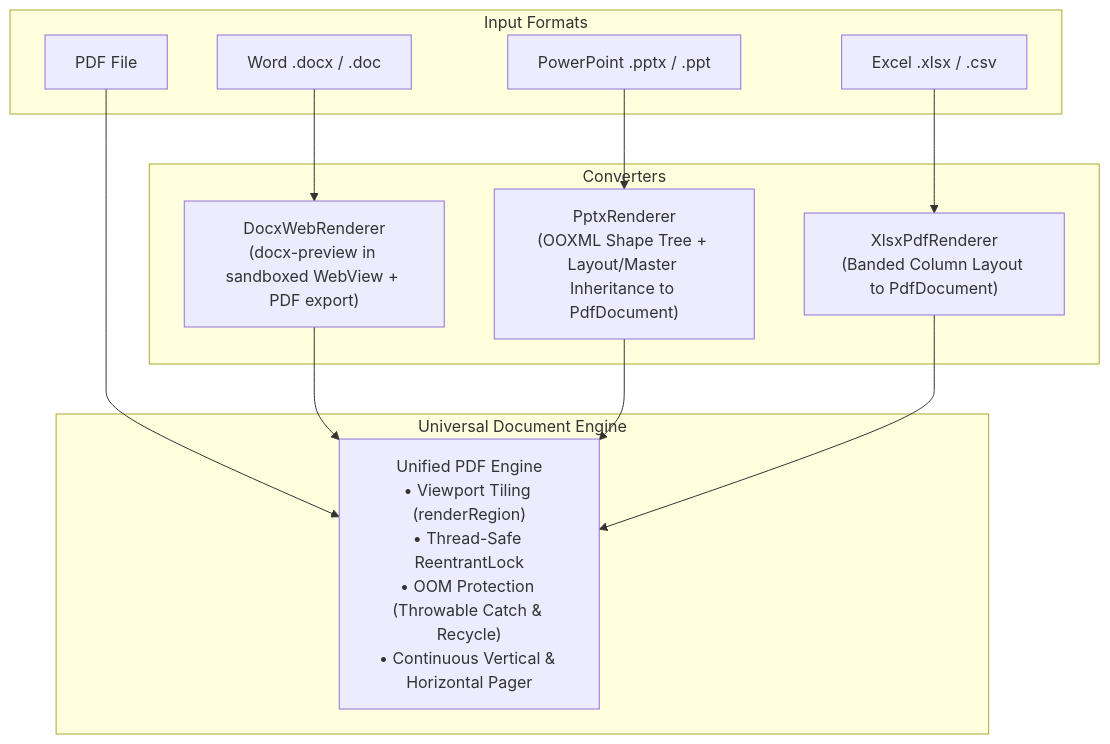
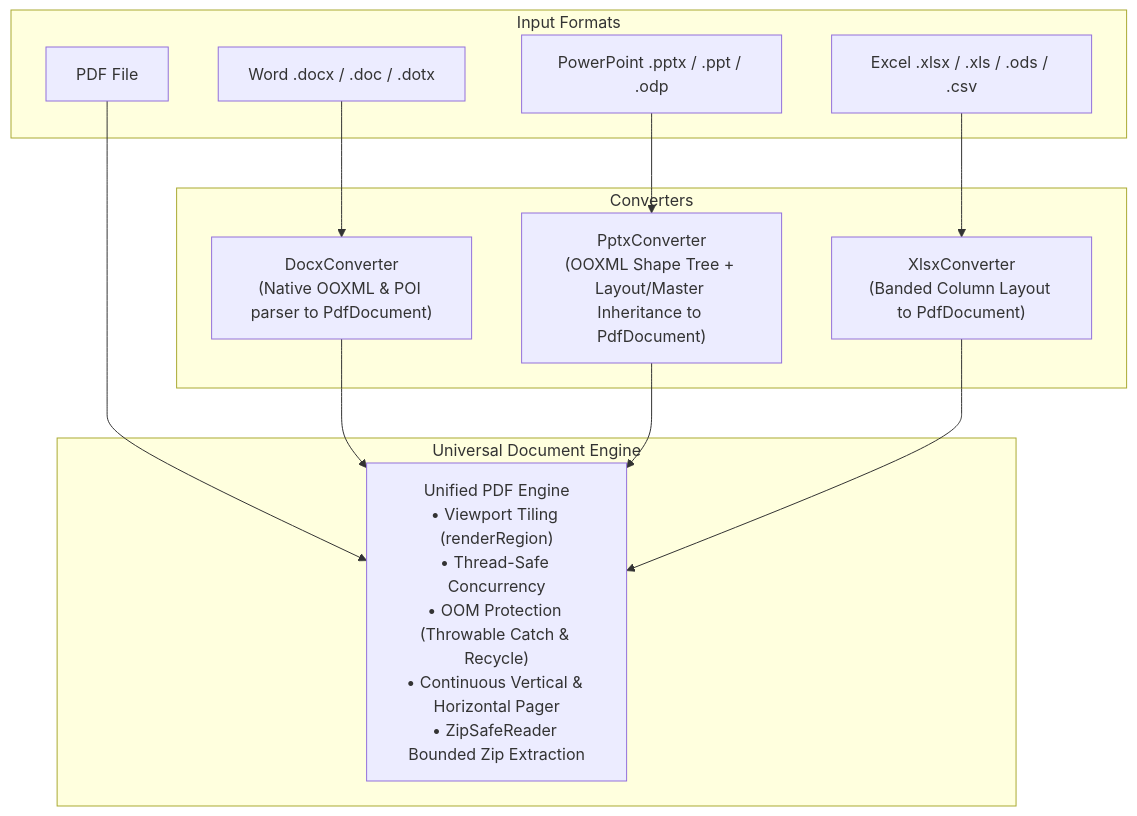
One commit to abhisheksati132/mydoc changed the diagram in improvement.md. Above: the diagram before and after it, drawn with Mermaid. The commit also changed other lines of this file and 1 other file, not shown here.

````diff
--- a/improvement.md
+++ b/improvement.md
@@ -20,24 +21,24 @@
 ```mermaid
 graph TD
     subgraph Input Formats
         PDF[PDF File]
-        DOCX[Word .docx / .doc]
-        PPTX[PowerPoint .pptx / .ppt]
-        XLSX[Excel .xlsx / .csv]
+        DOCX[Word .docx / .doc / .dotx]
+        PPTX[PowerPoint .pptx / .ppt / .odp]
+        XLSX[Excel .xlsx / .xls / .ods / .csv]
     end
 
     subgraph Converters
-        DOCX_CONV["DocxWebRenderer<br/>(docx-preview in sandboxed WebView + PDF export)"]
-        PPTX_CONV["PptxRenderer<br/>(OOXML Shape Tree + Layout/Master Inheritance to PdfDocument)"]
-        XLSX_CONV["XlsxPdfRenderer<br/>(Banded Column Layout to PdfDocument)"]
+        DOCX_CONV["DocxConverter<br/>(Native OOXML & POI parser to PdfDocument)"]
+        PPTX_CONV["PptxConverter<br/>(OOXML Shape Tree + Layout/Master Inheritance to PdfDocument)"]
+        XLSX_CONV["XlsxConverter<br/>(Banded Column Layout to PdfDocument)"]
     end
 
     subgraph Universal Document Engine
-        PDF_ENGINE["Unified PDF Engine<br/>• Viewport Tiling (renderRegion)<br/>• Thread-Safe ReentrantLock<br/>• OOM Protection (Throwable Catch & Recycle)<br/>• Continuous Vertical & Horizontal Pager"]
+        PDF_ENGINE["Unified PDF Engine<br/>• Viewport Tiling (renderRegion)<br/>• Thread-Safe Concurrency<br/>• OOM Protection (Throwable Catch & Recycle)<br/>• Continuous Vertical & Horizontal Pager<br/>• ZipSafeReader Bounded Zip Extraction"]
     end
 
     PDF --> PDF_ENGINE
     DOCX --> DOCX_CONV --> PDF_ENGINE
     PPTX --> PPTX_CONV --> PDF_ENGINE
     XLSX --> XLSX_CONV --> PDF_ENGINE
 ```
````
